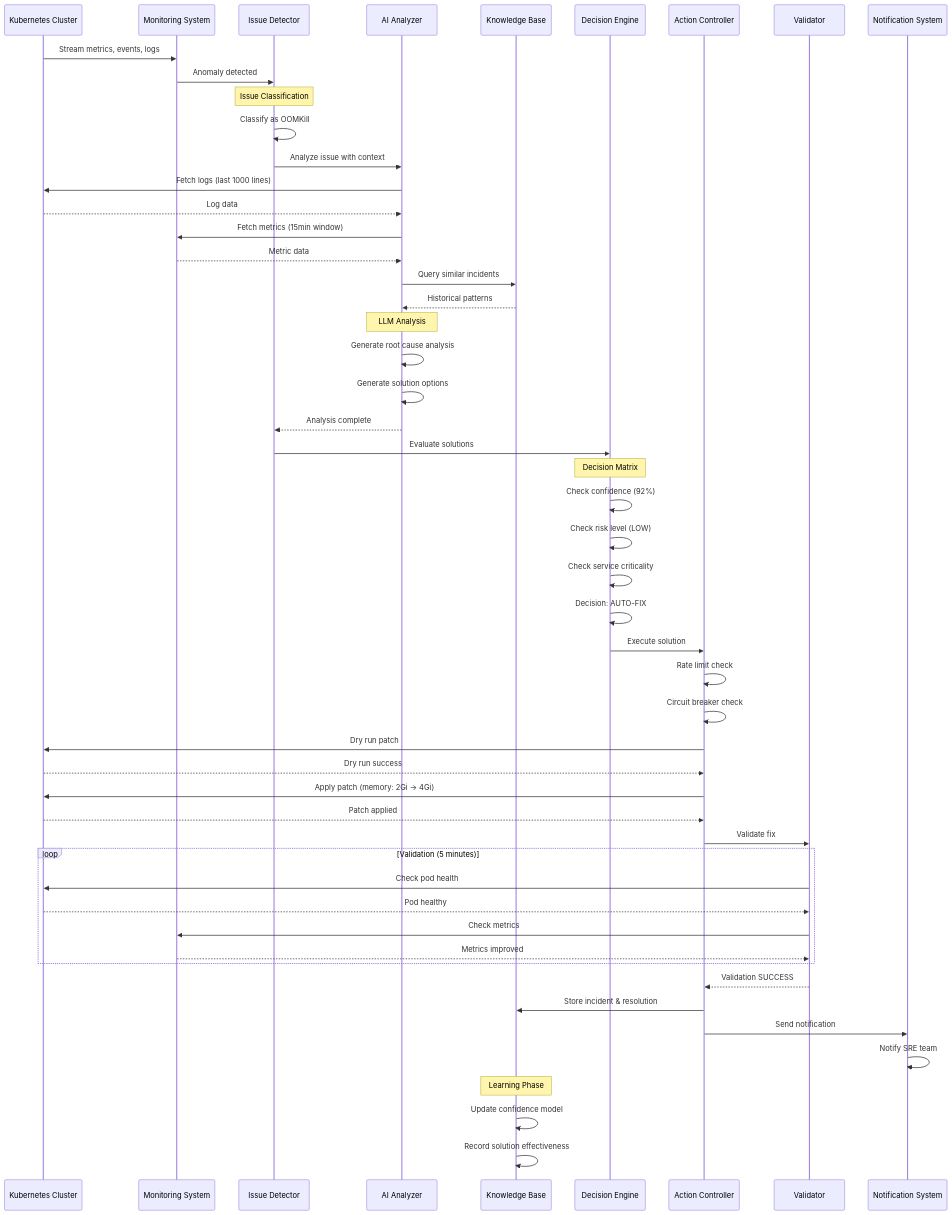
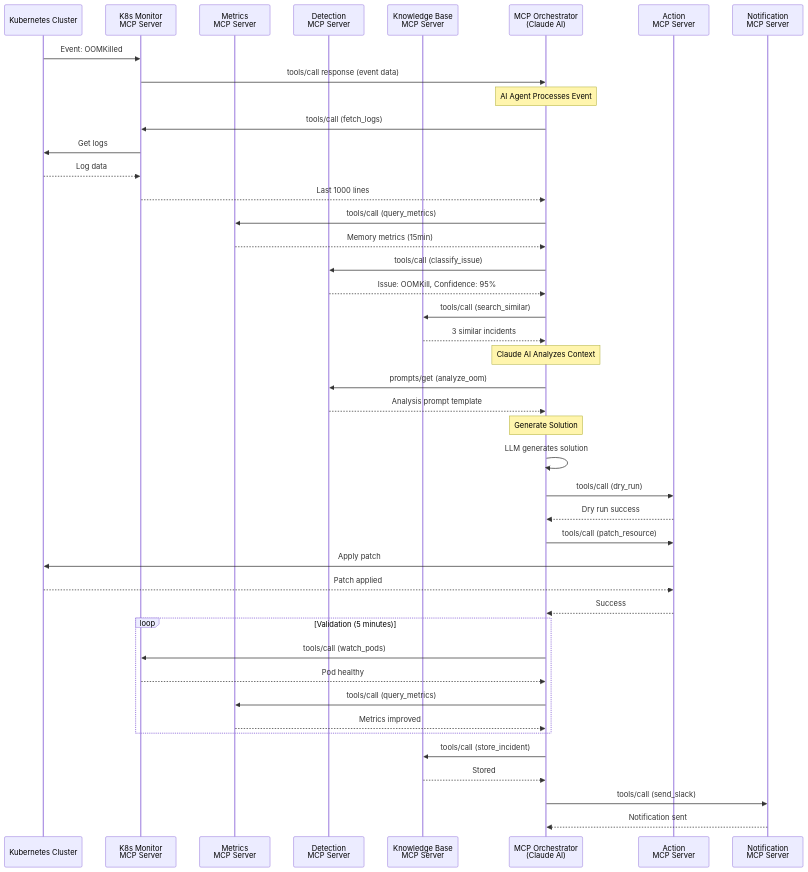
The fourth of 24 diagrams in WORKFLOW.md (ravindra-lakal/KubeSage), drawn with Mermaid before and after one commit. The commit also changed other lines of this file and 7 other files, not shown here.

````diff
--- a/WORKFLOW.md
+++ b/WORKFLOW.md
@@ -73,65 +165,58 @@
 ```mermaid
 sequenceDiagram
     participant K8s as Kubernetes Cluster
-    participant Mon as Monitoring System
-    participant Det as Issue Detector
-    participant AI as AI Analyzer
-    participant KB as Knowledge Base
-    participant Dec as Decision Engine
-    participant Act as Action Controller
-    participant Val as Validator
-    participant Not as Notification System
+    participant Mon as K8s Monitor<br/>MCP Server
+    participant Met as Metrics<br/>MCP Server
+    participant Det as Detection<br/>MCP Server
+    participant KB as Knowledge Base<br/>MCP Server
+    participant Orch as MCP Orchestrator<br/>(Claude AI)
+    participant Act as Action<br/>MCP Server
+    participant Not as Notification<br/>MCP Server
     
-    K8s->>Mon: Stream metrics, events, logs
-    Mon->>Det: Anomaly detected
+    K8s->>Mon: Event: OOMKilled
+    Mon->>Orch: tools/call response (event data)
     
-    Note over Det: Issue Classification
-    Det->>Det: Classify as OOMKill
+    Note over Orch: AI Agent Processes Event
     
-    Det->>AI: Analyze issue with context
-    AI->>K8s: Fetch logs (last 1000 lines)
-    K8s-->>AI: Log data
-    AI->>Mon: Fetch metrics (15min window)
-    Mon-->>AI: Metric data
-    AI->>KB: Query similar incidents
-    KB-->>AI: Historical patterns
+    Orch->>Mon: tools/call (fetch_logs)
+    Mon->>K8s: Get logs
+    K8s-->>Mon: Log data
+    Mon-->>Orch: Last 1000 lines
     
-    Note over AI: LLM Analysis
-    AI->>AI: Generate root cause analysis
-    AI->>AI: Generate solution options
+    Orch->>Met: tools/call (query_metrics)
+    Met-->>Orch: Memory metrics (15min)
     
-    AI-->>Det: Analysis complete
-    Det->>Dec: Evaluate solutions
+    Orch->>Det: tools/call (classify_issue)
+    Det-->>Orch: Issue: OOMKill, Confidence: 95%
     
-    Note over Dec: Decision Matrix
-    Dec->>Dec: Check confidence (92%)
-    Dec->>Dec: Check risk level (LOW)
-    Dec->>Dec: Check service criticality
-    Dec->>Dec: Decision: AUTO-FIX
+    Orch->>KB: tools/call (search_similar)
+    KB-->>Orch: 3 similar incidents
     
-    Dec->>Act: Execute solution
-    Act->>Act: Rate limit check
-    Act->>Act: Circuit breaker check
-    Act->>K8s: Dry run patch
-    K8s-->>Act: Dry run success
+    Note over Orch: Claude AI Analyzes Context
+    Orch->>Det: prompts/get (analyze_oom)
+    Det-->>Orch: Analysis prompt template
     
-    Act->>K8s: Apply patch (memory: 2Gi → 4Gi)
+    Note over Orch: Generate Solution
+    Orch->>Orch: LLM generates solution
+    
+    Orch->>Act: tools/call (dry_run)
+    Act-->>Orch: Dry run success
+    
+    Orch->>Act: tools/call (patch_resource)
+    Act->>K8s: Apply patch
     K8s-->>Act: Patch applied
+    Act-->>Orch: Success
     
-    Act->>Val: Validate fix
     loop Validation (5 minutes)
-        Val->>K8s: Check pod health
-        K8s-->>Val: Pod healthy
-        Val->>Mon: Check metrics
-        Mon-->>Val: Metrics improved
+        Orch->>Mon: tools/call (watch_pods)
+        Mon-->>Orch: Pod healthy
+        Orch->>Met: tools/call (query_metrics)
+        Met-->>Orch: Metrics improved
     end
     
-    Val-->>Act: Validation SUCCESS
-    Act->>KB: Store incident & resolution
-    Act->>Not: Send notification
-    Not->>Not: Notify SRE team
+    Orch->>KB: tools/call (store_incident)
+    KB-->>Orch: Stored
     
-    Note over KB: Learning Phase
-    KB->>KB: Update confidence model
-    KB->>KB: Record solution effectiveness
+    Orch->>Not: tools/call (send_slack)
+    Not-->>Orch: Notification sent
 ```
````
